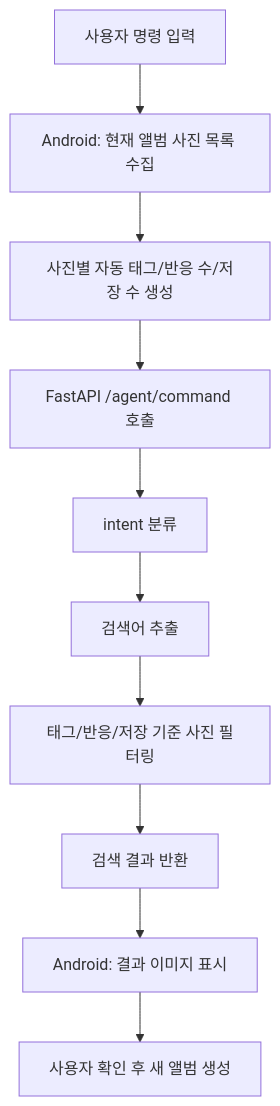
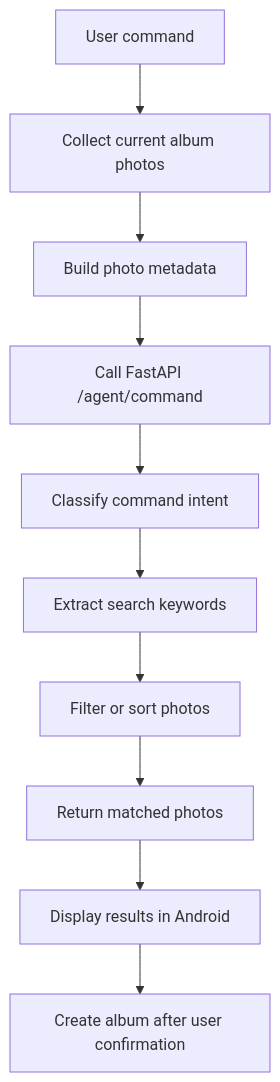
The second of 3 diagrams in README.md (stophhh/ShareAlbum), drawn with Mermaid before and after one commit. The commit also changed other lines of this file and 4 other files, not shown here.

````diff
--- a/README.md
+++ b/README.md
@@ -91,12 +101,12 @@
 ```mermaid
 flowchart TD
-    A["사용자 명령 입력"] --> B["Android: 현재 앨범 사진 목록 수집"]
-    B --> C["사진별 자동 태그/반응 수/저장 수 생성"]
-    C --> D["FastAPI /agent/command 호출"]
-    D --> E["intent 분류"]
-    E --> F["검색어 추출"]
-    F --> G["태그/반응/저장 기준 사진 필터링"]
-    G --> H["검색 결과 반환"]
-    H --> I["Android: 결과 이미지 표시"]
-    I --> J["사용자 확인 후 새 앨범 생성"]
+    A["User command"] --> B["Collect current album photos"]
+    B --> C["Build photo metadata"]
+    C --> D["Call FastAPI /agent/command"]
+    D --> E["Classify command intent"]
+    E --> F["Extract search keywords"]
+    F --> G["Filter or sort photos"]
+    G --> H["Return matched photos"]
+    H --> I["Display results in Android"]
+    I --> J["Create album after user confirmation"]
 ```
````
